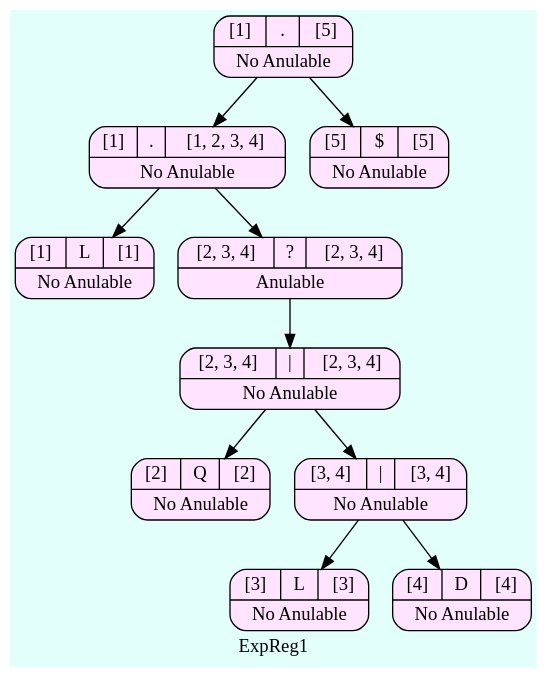
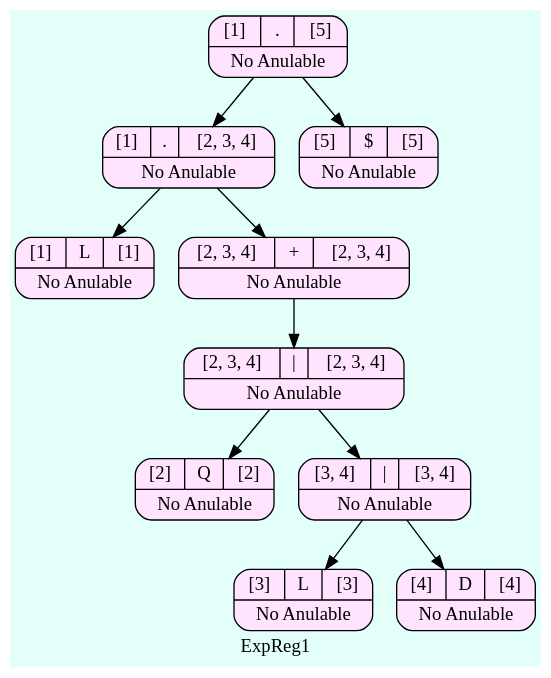
Before and after one commit to SergieArizandieta/OLC1-P1-202000119: the diagram in ARBOLES_202000119/Arbol_ExpReg1.dot, drawn with Graphviz. The commit also changed 13 other files, not shown here.

```diff
--- a/ARBOLES_202000119/Arbol_ExpReg1.dot
+++ b/ARBOLES_202000119/Arbol_ExpReg1.dot
@@ -1,25 +1,25 @@
 digraph structs {
   bgcolor = "#E3FFFA"
    node [shape=Mrecord fillcolor="#FFE3FF" style =filled];
 label ="ExpReg1"
-    struct1591495228    [label="{{[1]|<here>.|[5]}|No Anulable}"];
-    struct1591495228-> struct638767220
-    struct638767220    [label="{{[1]|<here>.|[1, 2, 3, 4]}|No Anulable}"];
-    struct638767220-> struct932800683
-    struct932800683    [label="{{[1]|<here>L|[1]}|No Anulable}"];
-    struct638767220-> struct447515110
-    struct447515110    [label="{{[2, 3, 4]|<here>?|[2, 3, 4]}|Anulable}"];
+    struct447515110    [label="{{[1]|<here>.|[5]}|No Anulable}"];
     struct447515110-> struct639479077
-    struct639479077    [label="{{[2, 3, 4]|<here>\||[2, 3, 4]}|No Anulable}"];
+    struct639479077    [label="{{[1]|<here>.|[2, 3, 4]}|No Anulable}"];
     struct639479077-> struct373049570
-    struct373049570    [label="{{[2]|<here>Q|[2]}|No Anulable}"];
+    struct373049570    [label="{{[1]|<here>L|[1]}|No Anulable}"];
     struct639479077-> struct1788655294
-    struct1788655294    [label="{{[3, 4]|<here>\||[3, 4]}|No Anulable}"];
+    struct1788655294    [label="{{[2, 3, 4]|<here>+|[2, 3, 4]}|No Anulable}"];
     struct1788655294-> struct335671730
-    struct335671730    [label="{{[3]|<here>L|[3]}|No Anulable}"];
-    struct1788655294-> struct1606292114
-    struct1606292114    [label="{{[4]|<here>D|[4]}|No Anulable}"];
-    struct1591495228-> struct733035231
-    struct733035231    [label="{{[5]|<here>$|[5]}|No Anulable}"];
+    struct335671730    [label="{{[2, 3, 4]|<here>\||[2, 3, 4]}|No Anulable}"];
+    struct335671730-> struct1606292114
+    struct1606292114    [label="{{[2]|<here>Q|[2]}|No Anulable}"];
+    struct335671730-> struct733035231
+    struct733035231    [label="{{[3, 4]|<here>\||[3, 4]}|No Anulable}"];
+    struct733035231-> struct613896273
+    struct613896273    [label="{{[3]|<here>L|[3]}|No Anulable}"];
+    struct733035231-> struct1065400592
+    struct1065400592    [label="{{[4]|<here>D|[4]}|No Anulable}"];
+    struct447515110-> struct268764912
+    struct268764912    [label="{{[5]|<here>$|[5]}|No Anulable}"];
 
 }
```
